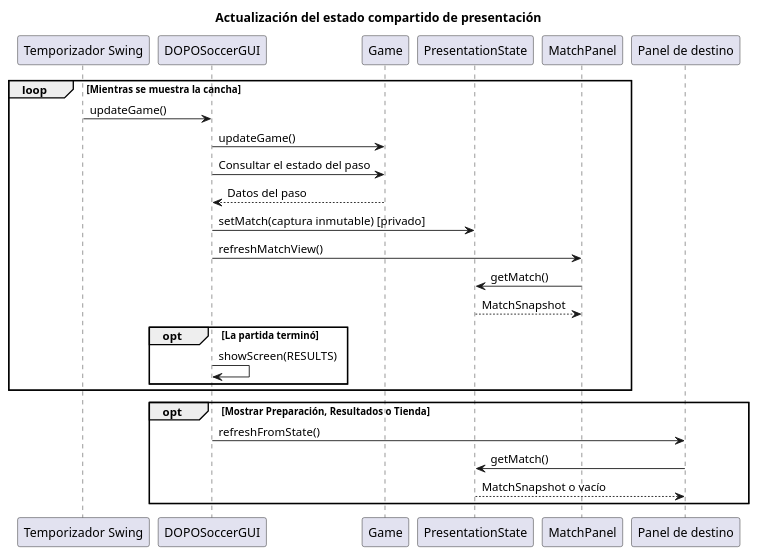
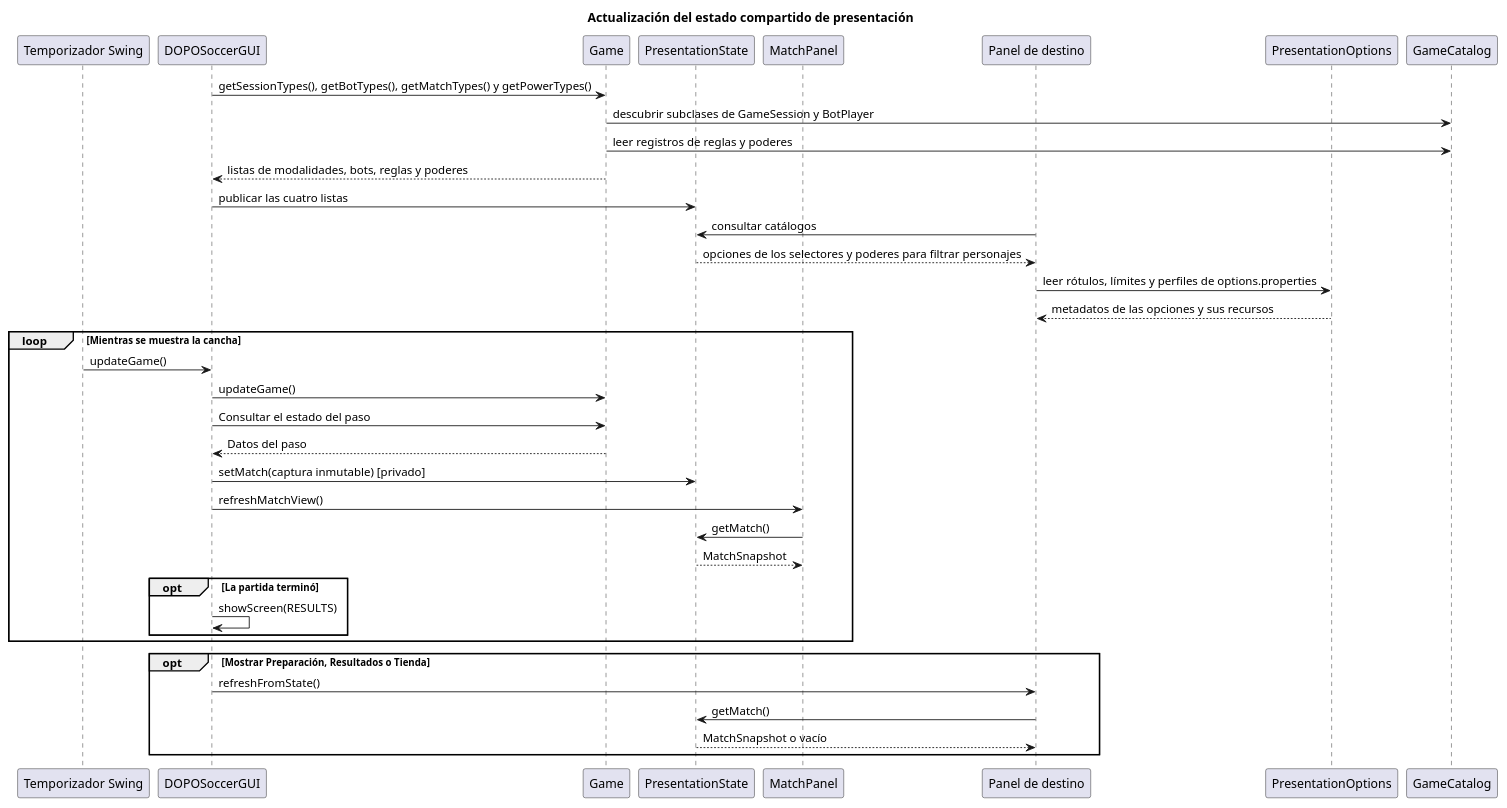
Before and after one commit to PaglkG/ProyectoFinal-Dopo: the diagram in docs/uml/presentation-state-sequence.puml, drawn with PlantUML. The commit also changed 136 other files, not shown here.

Commit message:
diagrama de clase para el parcial

```diff
--- a/docs/uml/presentation-state-sequence.puml
+++ b/docs/uml/presentation-state-sequence.puml
@@ -1,30 +1,42 @@
 @startuml
 title Actualización del estado compartido de presentación
 
 participant "Temporizador Swing" as Timer
 participant DOPOSoccerGUI as GUI
 participant Game
 participant PresentationState as State
 participant MatchPanel as Match
 participant "Panel de destino" as Panel
+participant "PresentationOptions" as Options
+participant GameCatalog as Catalog
+
+GUI -> Game : getSessionTypes(), getBotTypes(), getMatchTypes() y getPowerTypes()
+Game -> Catalog : descubrir subclases de GameSession y BotPlayer
+Game -> Catalog : leer registros de reglas y poderes
+Game --> GUI : listas de modalidades, bots, reglas y poderes
+GUI -> State : publicar las cuatro listas
+Panel -> State : consultar catálogos
+State --> Panel : opciones de los selectores y poderes para filtrar personajes
+Panel -> Options : leer rótulos, límites y perfiles de options.properties
+Options --> Panel : metadatos de las opciones y sus recursos
 
 loop Mientras se muestra la cancha
     Timer -> GUI : updateGame()
     GUI -> Game : updateGame()
     GUI -> Game : Consultar el estado del paso
     Game --> GUI : Datos del paso
     GUI -> State : setMatch(captura inmutable) [privado]
     GUI -> Match : refreshMatchView()
     Match -> State : getMatch()
     State --> Match : MatchSnapshot
     opt La partida terminó
         GUI -> GUI : showScreen(RESULTS)
     end
 end
 
 opt Mostrar Preparación, Resultados o Tienda
     GUI -> Panel : refreshFromState()
     Panel -> State : getMatch()
     State --> Panel : MatchSnapshot o vacío
 end
 @enduml
```
